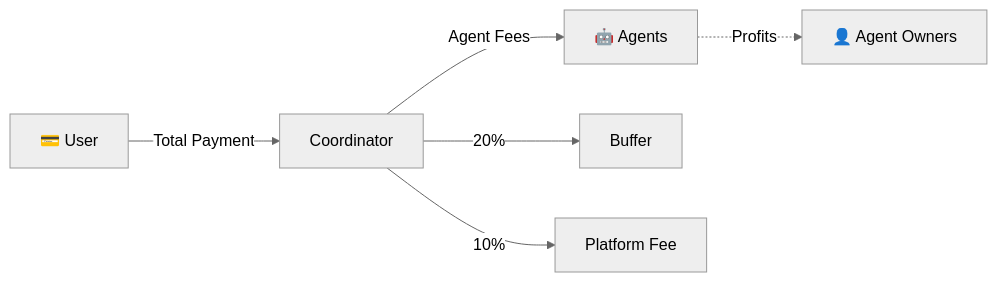
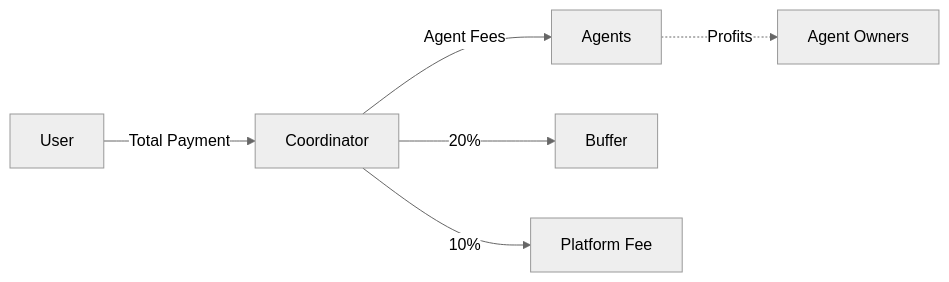
Before and after one commit to TheOnlyOne001/Mosaic-Protocol: the third of 4 diagrams in README.md, drawn with Mermaid (neutral theme). The commit also changed other lines of this file and 1 other file, not shown here.

````diff
--- a/README.md
+++ b/README.md
@@ -104,8 +104,8 @@
 ```mermaid
 flowchart LR
-    User["💳 User"] -->|Total Payment| Coordinator
-    Coordinator -->|Agent Fees| Agents["🤖 Agents"]
+    User["User"] -->|Total Payment| Coordinator
+    Coordinator -->|Agent Fees| Agents["Agents"]
     Coordinator -->|20%| Buffer[Buffer]
     Coordinator -->|10%| Platform[Platform Fee]
-    Agents -.->|Profits| Owners["👤 Agent Owners"]
+    Agents -.->|Profits| Owners["Agent Owners"]
 ```
````
